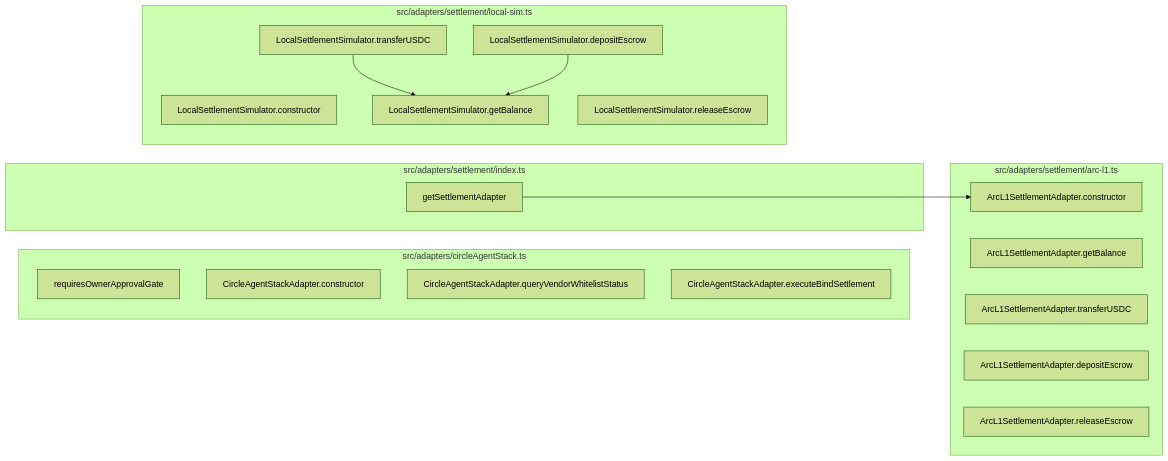
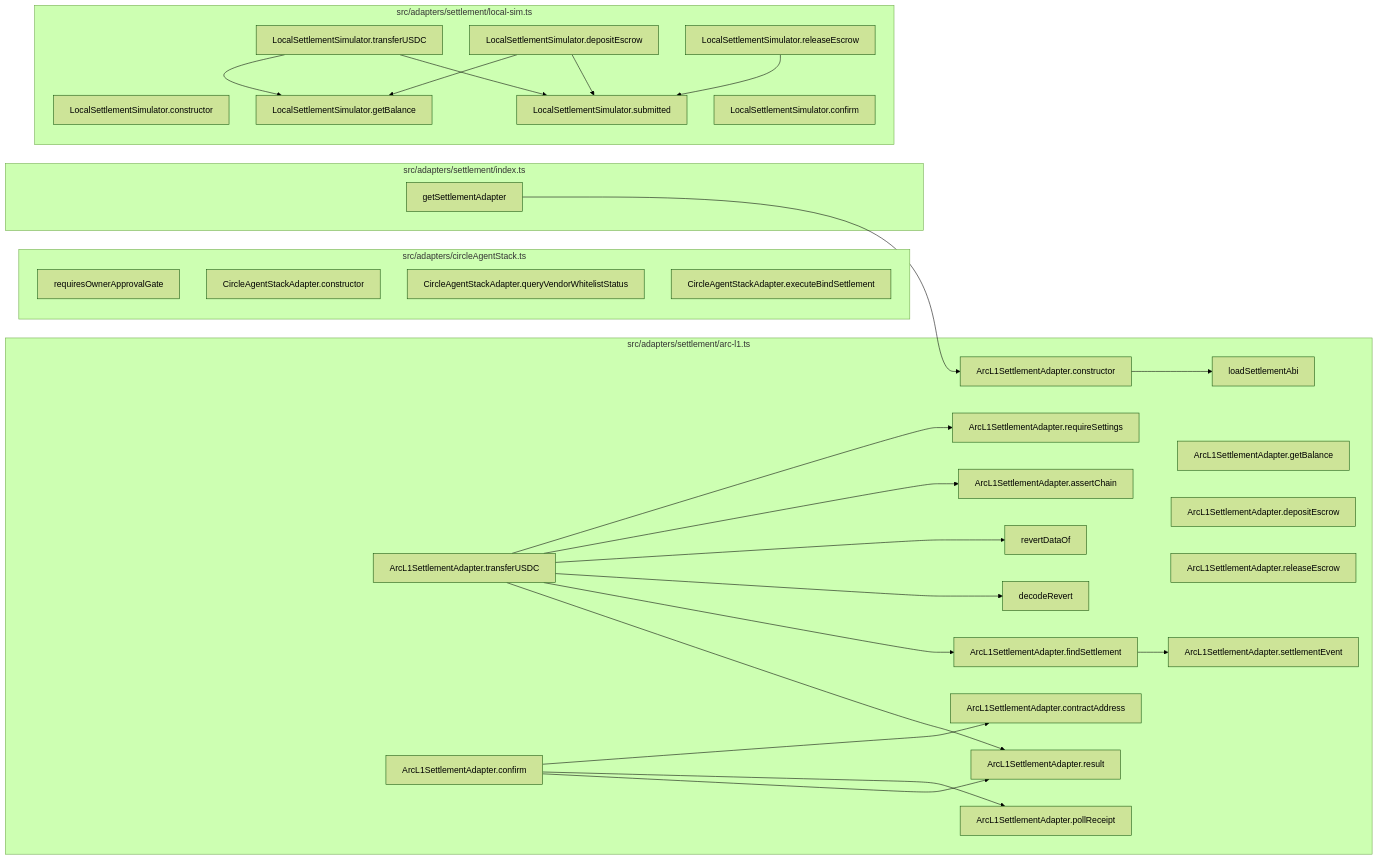
Before and after one commit to Jaydearcadian/bind: the fifth of 8 diagrams in docs/CODEBASE_MAP.md, drawn with Mermaid (forest theme). The commit also changed other lines of this file and 14 other files, not shown here.

````diff
--- a/docs/CODEBASE_MAP.md
+++ b/docs/CODEBASE_MAP.md
@@ -231,29 +245,56 @@
 ```mermaid
 flowchart LR
   subgraph F0["src/adapters/circleAgentStack.ts"]
     n2["requiresOwnerApprovalGate"]
     n3["CircleAgentStackAdapter.constructor"]
     n4["CircleAgentStackAdapter.queryVendorWhitelistStatus"]
     n5["CircleAgentStackAdapter.executeBindSettlement"]
   end
   subgraph F1["src/adapters/settlement/arc-l1.ts"]
-    n8["ArcL1SettlementAdapter.constructor"]
-    n9["ArcL1SettlementAdapter.getBalance"]
-    n10["ArcL1SettlementAdapter.transferUSDC"]
-    n11["ArcL1SettlementAdapter.depositEscrow"]
-    n12["ArcL1SettlementAdapter.releaseEscrow"]
+    n8["loadSettlementAbi"]
+    n9["revertDataOf"]
+    n10["decodeRevert"]
+    n11["ArcL1SettlementAdapter.constructor"]
+    n12["ArcL1SettlementAdapter.getBalance"]
+    n13["ArcL1SettlementAdapter.transferUSDC"]
+    n14["ArcL1SettlementAdapter.confirm"]
+    n15["ArcL1SettlementAdapter.depositEscrow"]
+    n16["ArcL1SettlementAdapter.releaseEscrow"]
+    n17["ArcL1SettlementAdapter.result"]
+    n18["ArcL1SettlementAdapter.contractAddress"]
+    n19["ArcL1SettlementAdapter.requireSettings"]
+    n20["ArcL1SettlementAdapter.assertChain"]
+    n21["ArcL1SettlementAdapter.settlementEvent"]
+    n22["ArcL1SettlementAdapter.findSettlement"]
+    n23["ArcL1SettlementAdapter.pollReceipt"]
   end
   subgraph F2["src/adapters/settlement/index.ts"]
-    n13["getSettlementAdapter"]
+    n29["getSettlementAdapter"]
   end
   subgraph F3["src/adapters/settlement/local-sim.ts"]
-    n14["LocalSettlementSimulator.constructor"]
-    n15["LocalSettlementSimulator.getBalance"]
-    n16["LocalSettlementSimulator.transferUSDC"]
-    n17["LocalSettlementSimulator.depositEscrow"]
-    n18["LocalSettlementSimulator.releaseEscrow"]
+    n30["LocalSettlementSimulator.constructor"]
+    n31["LocalSettlementSimulator.getBalance"]
+    n32["LocalSettlementSimulator.transferUSDC"]
+    n33["LocalSettlementSimulator.confirm"]
+    n34["LocalSettlementSimulator.depositEscrow"]
+    n35["LocalSettlementSimulator.releaseEscrow"]
+    n36["LocalSettlementSimulator.submitted"]
   end
-  n13 --> n8
-  n16 --> n15
-  n17 --> n15
+  n11 --> n8
+  n13 --> n19
+  n13 --> n20
+  n13 --> n9
+  n13 --> n10
+  n13 --> n22
+  n13 --> n17
+  n14 --> n18
+  n14 --> n23
+  n14 --> n17
+  n22 --> n21
+  n29 --> n11
+  n32 --> n31
+  n32 --> n36
+  n34 --> n31
+  n34 --> n36
+  n35 --> n36
 ```
````
